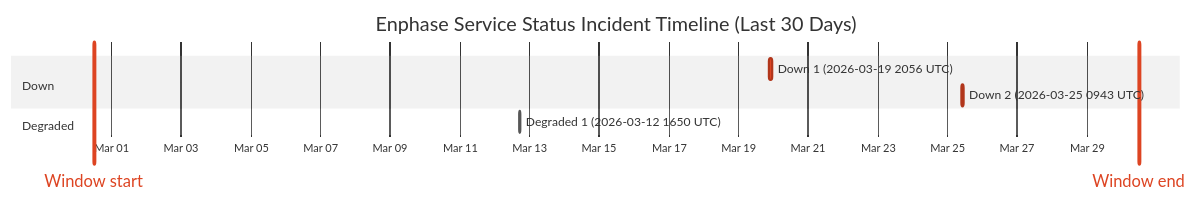
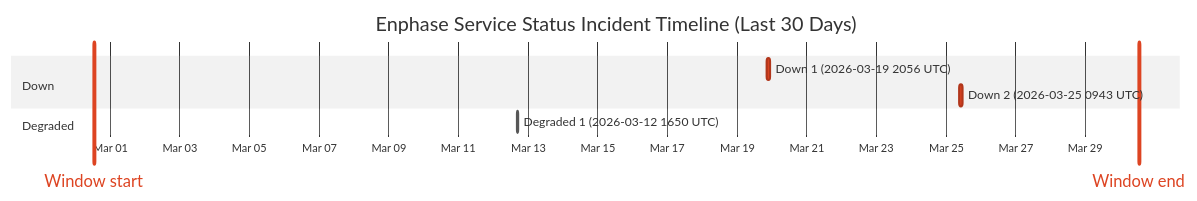
The diagram in wiki/Service-Status-History.md (barneyonline/ha-enphase-ev-charger), drawn with Mermaid (neutral theme) before and after one commit. The commit also changed other lines of this file and 3 other files, not shown here.

````diff
--- a/wiki/Service-Status-History.md
+++ b/wiki/Service-Status-History.md
@@ -14,13 +14,13 @@
 ```mermaid
 gantt
     title Enphase Service Status Incident Timeline (Last 30 Days)
     dateFormat  YYYY-MM-DDTHH:mm:ss
     axisFormat  %b %d
-    Window start :vert, window-start, 2026-02-28T11:48:34, 0ms
-    Window end :vert, window-end, 2026-03-30T11:48:34, 0ms
+    Window start :vert, window-start, 2026-02-28T12:56:00, 0ms
+    Window end :vert, window-end, 2026-03-30T12:56:00, 0ms
     section Down
     Down 1 (2026-03-19 2056 UTC) :crit, down-1, 2026-03-19T20:56:20, 145m
     Down 2 (2026-03-25 0943 UTC) :crit, down-2, 2026-03-25T09:43:28, 111m
     section Degraded
     Degraded 1 (2026-03-12 1650 UTC) :active, degraded-1, 2026-03-12T16:50:43, 60m
 ```
````
